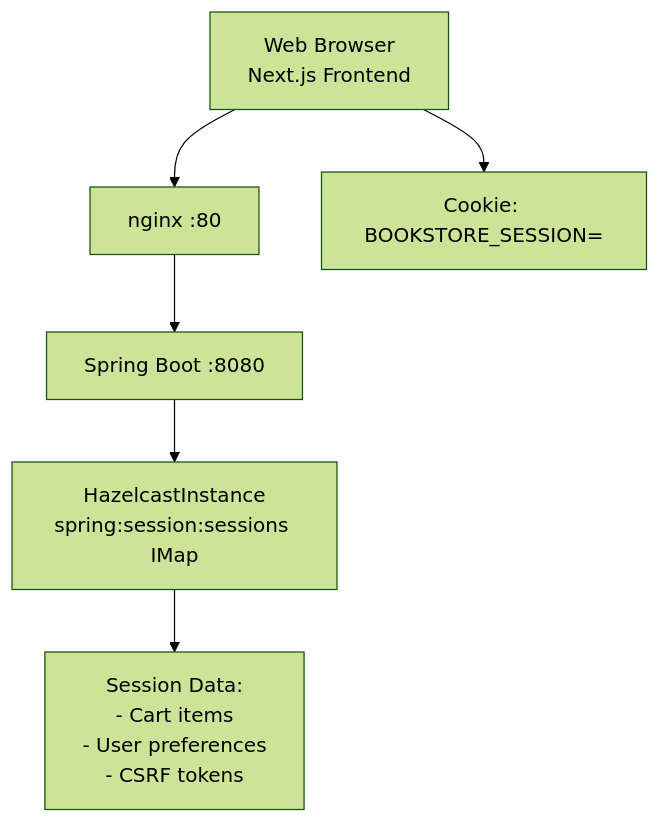
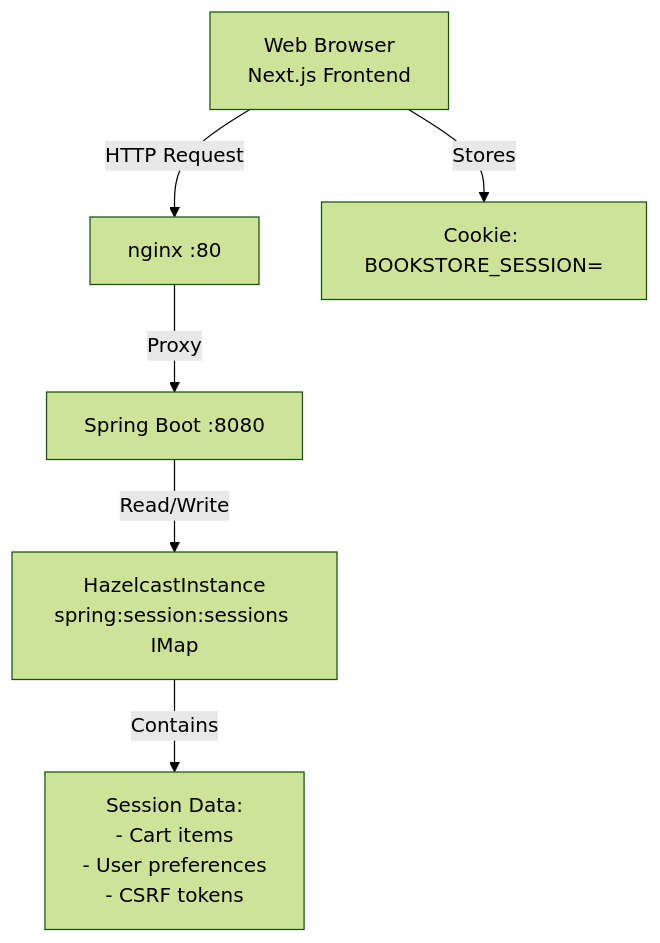
One commit to philipz/spring-modular-monolith changed the sixth of 8 diagrams in docs/deepwiki/Config-Module.md. Above: the diagram before and after it, drawn with Mermaid (forest theme). The commit also changed other lines of this file and 55 other files, not shown here.

````diff
--- a/docs/deepwiki/Config-Module.md
+++ b/docs/deepwiki/Config-Module.md
@@ -423,16 +423,16 @@
 ```mermaid
 flowchart TD
 
 Browser["Web Browser<br>Next.js Frontend"]
 Nginx["nginx :80"]
 Monolith["Spring Boot :8080"]
 HZCluster["HazelcastInstance<br>spring:session:sessions IMap"]
 SessionCookie["Cookie: BOOKSTORE_SESSION="]
 SessionData["Session Data:<br>- Cart items<br>- User preferences<br>- CSRF tokens"]
 
-Browser --> Nginx
-Nginx --> Monolith
-Monolith --> HZCluster
-Browser --> SessionCookie
-HZCluster --> SessionData
+Browser -->|"HTTP Request"| Nginx
+Nginx -->|"Proxy"| Monolith
+Monolith -->|"Read/Write"| HZCluster
+Browser -->|"Stores"| SessionCookie
+HZCluster -->|"Contains"| SessionData
 ```
````
